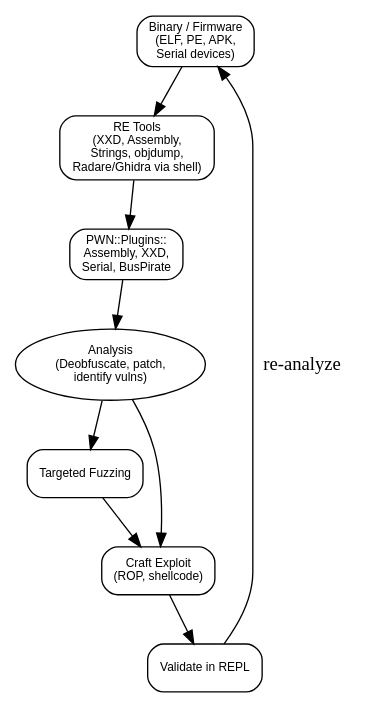
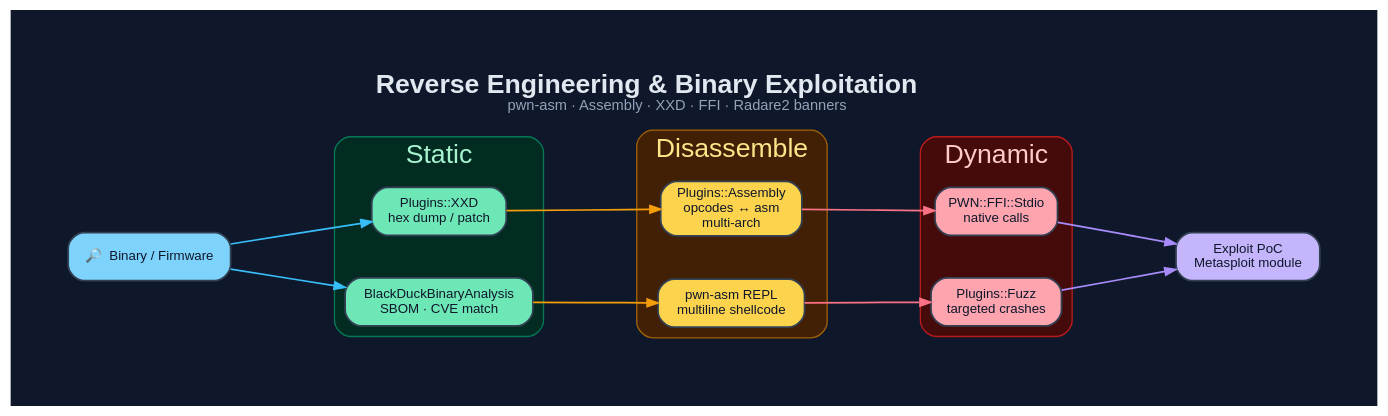
Before and after one commit to 0dayInc/pwn: the diagram in documentation/diagrams/dot/reverse-engineering-flow.dot, drawn with Graphviz. The commit also changed 58 other files, not shown here.

```diff
--- a/documentation/diagrams/dot/reverse-engineering-flow.dot
+++ b/documentation/diagrams/dot/reverse-engineering-flow.dot
@@ -1,21 +1,43 @@
-digraph "PWN Reverse Engineering Flow" {
-  rankdir=TB;
-  node [shape=box, style=rounded, fontname="Arial", fontsize=9];
+digraph "PWN_RE" {
+  graph [
+    label=<<B>Reverse Engineering &amp; Binary Exploitation</B><BR/><FONT POINT-SIZE="11" COLOR="#94a3b8">pwn-asm · Assembly · XXD · FFI · Radare2 banners</FONT>>,
+    labelloc=t, fontsize=20, fontname="Helvetica",
+    rankdir=LR, splines=spline, nodesep=0.45, ranksep=1.2,
+    bgcolor="#0f172a", fontcolor="#e2e8f0", pad=0.6, newrank=true
+  ];
+  node [fontname="Helvetica", fontsize=10, style="filled,rounded",
+        shape=box, penwidth=1.3, color="#334155", fontcolor="#0f172a"];
+  edge [fontname="Helvetica", fontsize=9, color="#94a3b8",
+        fontcolor="#cbd5e1", penwidth=1.3, arrowsize=0.8];
 
-  Binary [label="Binary / Firmware\n(ELF, PE, APK,\nSerial devices)", shape=box];
-  RE [label="RE Tools\n(XXD, Assembly,\nStrings, objdump,\nRadare/Ghidra via shell)"];
-  PWNRE [label="PWN::Plugins::\nAssembly, XXD,\nSerial, BusPirate"];
-  Analysis [label="Analysis\n(Deobfuscate, patch,\nidentify vulns)", shape=ellipse];
-  FuzzRE [label="Targeted Fuzzing"];
-  ExploitRE [label="Craft Exploit\n(ROP, shellcode)"];
-  Test [label="Validate in REPL"];
+  Bin [label="🔎  Binary / Firmware", fillcolor="#7dd3fc"];
 
-  Binary -> RE;
-  RE -> PWNRE;
-  PWNRE -> Analysis;
-  Analysis -> FuzzRE;
-  Analysis -> ExploitRE;
-  FuzzRE -> ExploitRE;
-  ExploitRE -> Test;
-  Test -> Binary [label="re-analyze"];
+  subgraph cluster_static {
+    label="Static"; fontcolor="#a7f3d0"; style=rounded;
+    color="#047857"; bgcolor="#022c22";
+    XXD  [label="Plugins::XXD\nhex dump / patch", fillcolor="#6ee7b7"];
+    BDBA [label="BlackDuckBinaryAnalysis\nSBOM · CVE match", fillcolor="#6ee7b7"];
+  }
+  subgraph cluster_disasm {
+    label="Disassemble"; fontcolor="#fde68a"; style=rounded;
+    color="#a16207"; bgcolor="#422006";
+    Asm    [label="Plugins::Assembly\nopcodes ↔ asm\nmulti-arch", fillcolor="#fcd34d"];
+    PwnAsm [label="pwn-asm REPL\nmultiline shellcode",             fillcolor="#fcd34d"];
+  }
+  subgraph cluster_dyn {
+    label="Dynamic"; fontcolor="#fecaca"; style=rounded;
+    color="#b91c1c"; bgcolor="#450a0a";
+    FFI  [label="PWN::FFI::Stdio\nnative calls",   fillcolor="#fda4af"];
+    Fuzz [label="Plugins::Fuzz\ntargeted crashes",  fillcolor="#fda4af"];
+  }
+  Xpl [label="Exploit PoC\nMetasploit module", fillcolor="#c4b5fd"];
+
+  Bin -> XXD  [color="#38bdf8"];
+  Bin -> BDBA [color="#38bdf8"];
+  XXD  -> Asm    [color="#f59e0b"];
+  BDBA -> PwnAsm [color="#f59e0b"];
+  Asm    -> FFI  [color="#fb7185"];
+  PwnAsm -> Fuzz [color="#fb7185"];
+  FFI  -> Xpl [color="#a78bfa"];
+  Fuzz -> Xpl [color="#a78bfa"];
 }
```
